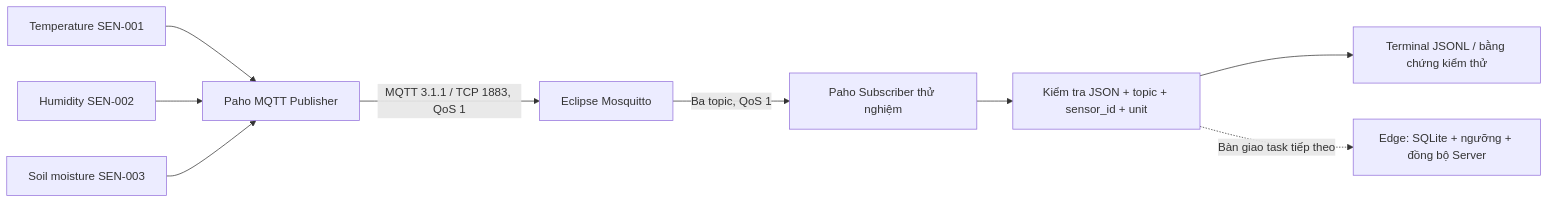
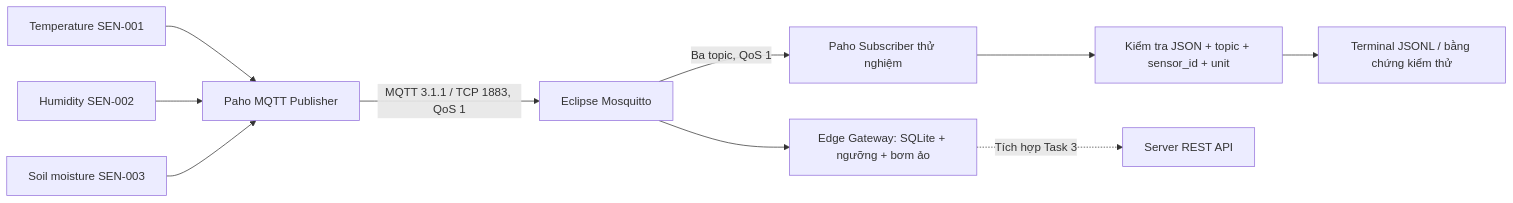
The diagram in docs/mqtt.md (Chiendeptrai-cyber/IoT-Agriculture), drawn with Mermaid before and after one commit. The commit also changed other lines of this file and 23 other files, not shown here.

Commit message:
Hoàn thành task 2.1: Edge Gateway xử lý dữ liệu độc lập với Server

````diff
--- a/docs/mqtt.md
+++ b/docs/mqtt.md
@@ -9,11 +9,12 @@
 ```mermaid
 flowchart LR
     T[Temperature SEN-001] --> P[Paho MQTT Publisher]
     H[Humidity SEN-002] --> P
     S[Soil moisture SEN-003] --> P
     P -->|MQTT 3.1.1 / TCP 1883, QoS 1| B[Eclipse Mosquitto]
     B -->|Ba topic, QoS 1| SUB[Paho Subscriber thử nghiệm]
     SUB --> V[Kiểm tra JSON + topic + sensor_id + unit]
     V --> OUT[Terminal JSONL / bằng chứng kiểm thử]
-    V -. Bàn giao task tiếp theo .-> E[Edge: SQLite + ngưỡng + đồng bộ Server]
+    B --> E[Edge Gateway: SQLite + ngưỡng + bơm ảo]
+    E -. Tích hợp Task 3 .-> SERVER[Server REST API]
 ```
````
